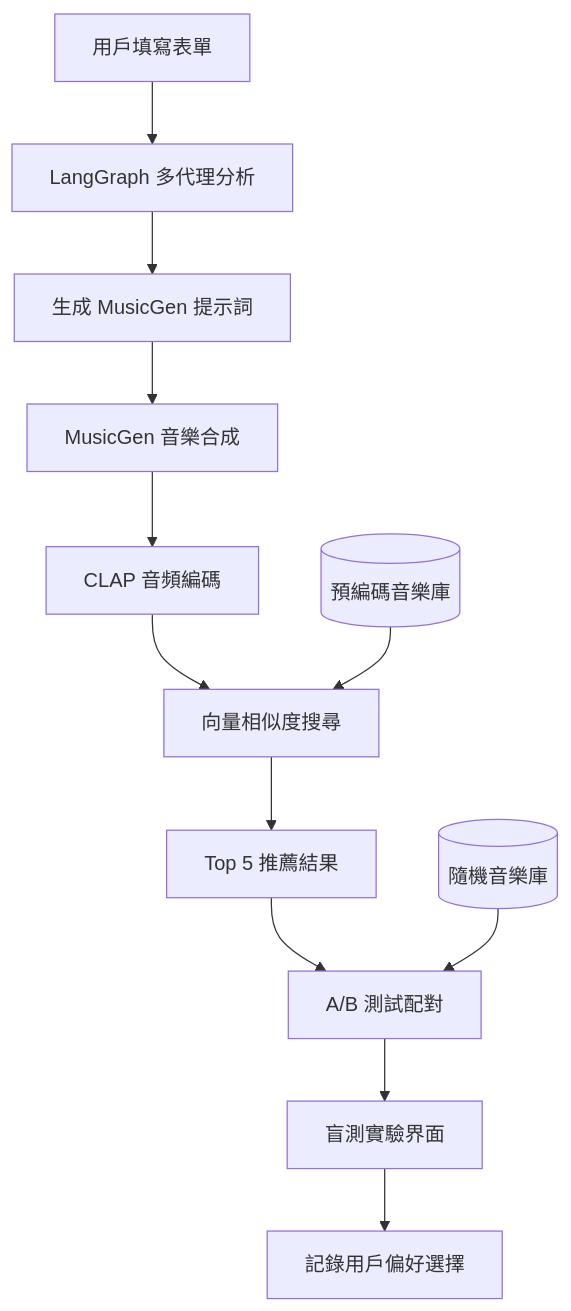
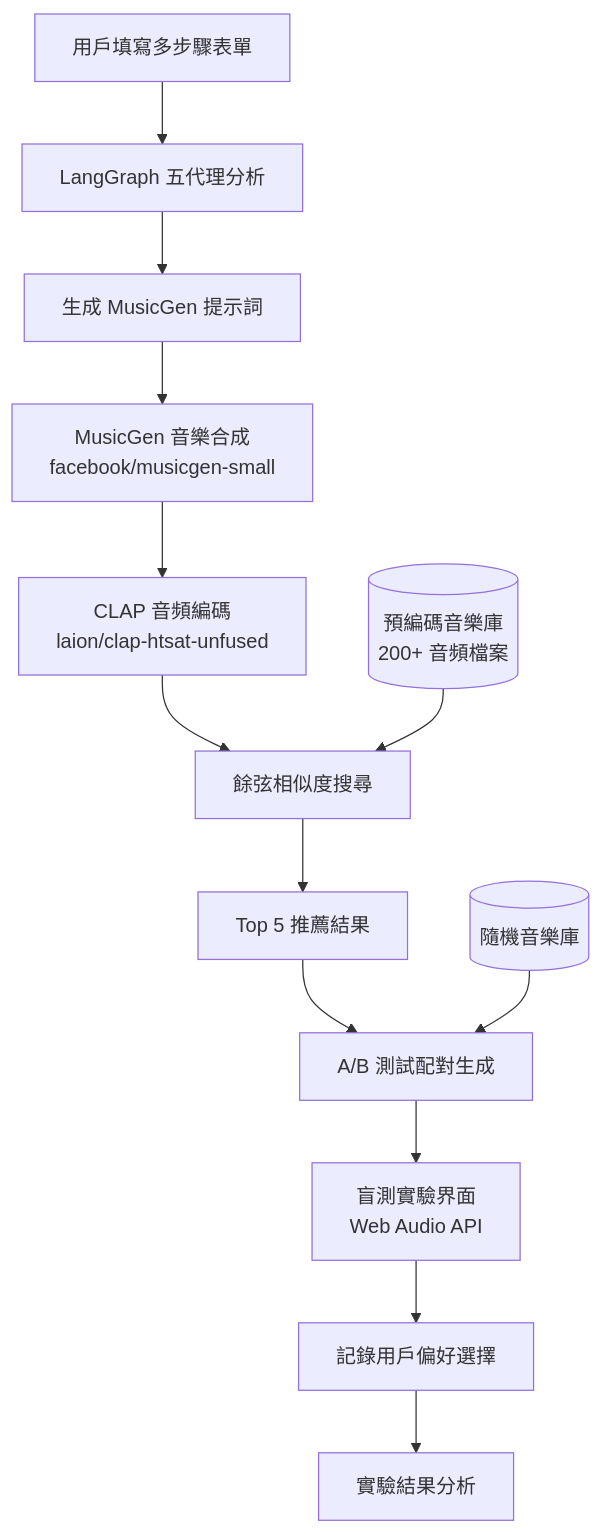
Before and after one commit to whats2000/sleep-recommendation-system: the first of 13 diagrams in docs/RecommendationSystem.md, drawn with Mermaid. The commit also changed other lines of this file, not shown here.

````diff
--- a/docs/RecommendationSystem.md
+++ b/docs/RecommendationSystem.md
@@ -25,15 +25,16 @@
 ```mermaid
 flowchart TD
-    A[用戶填寫表單] --> B[LangGraph 多代理分析]
+    A[用戶填寫多步驟表單] --> B[LangGraph 五代理分析]
     B --> C[生成 MusicGen 提示詞]
-    C --> D[MusicGen 音樂合成]
-    D --> E[CLAP 音頻編碼]
-    E --> F[向量相似度搜尋]
+    C --> D[MusicGen 音樂合成<br/>facebook/musicgen-small]
+    D --> E[CLAP 音頻編碼<br/>laion/clap-htsat-unfused]
+    E --> F[餘弦相似度搜尋]
     F --> G[Top 5 推薦結果]
-    G --> H[A/B 測試配對]
-    H --> I[盲測實驗界面]
+    G --> H[A/B 測試配對生成]
+    H --> I[盲測實驗界面<br/>Web Audio API]
     I --> J[記錄用戶偏好選擇]
-    
-    K[(預編碼音樂庫)] --> F
-    L[(隨機音樂庫)] --> H
+    J --> K[實驗結果分析]
+
+    L[(預編碼音樂庫<br/>200+ 音頻檔案)] --> F
+    M[(隨機音樂庫)] --> H
 ```
````
